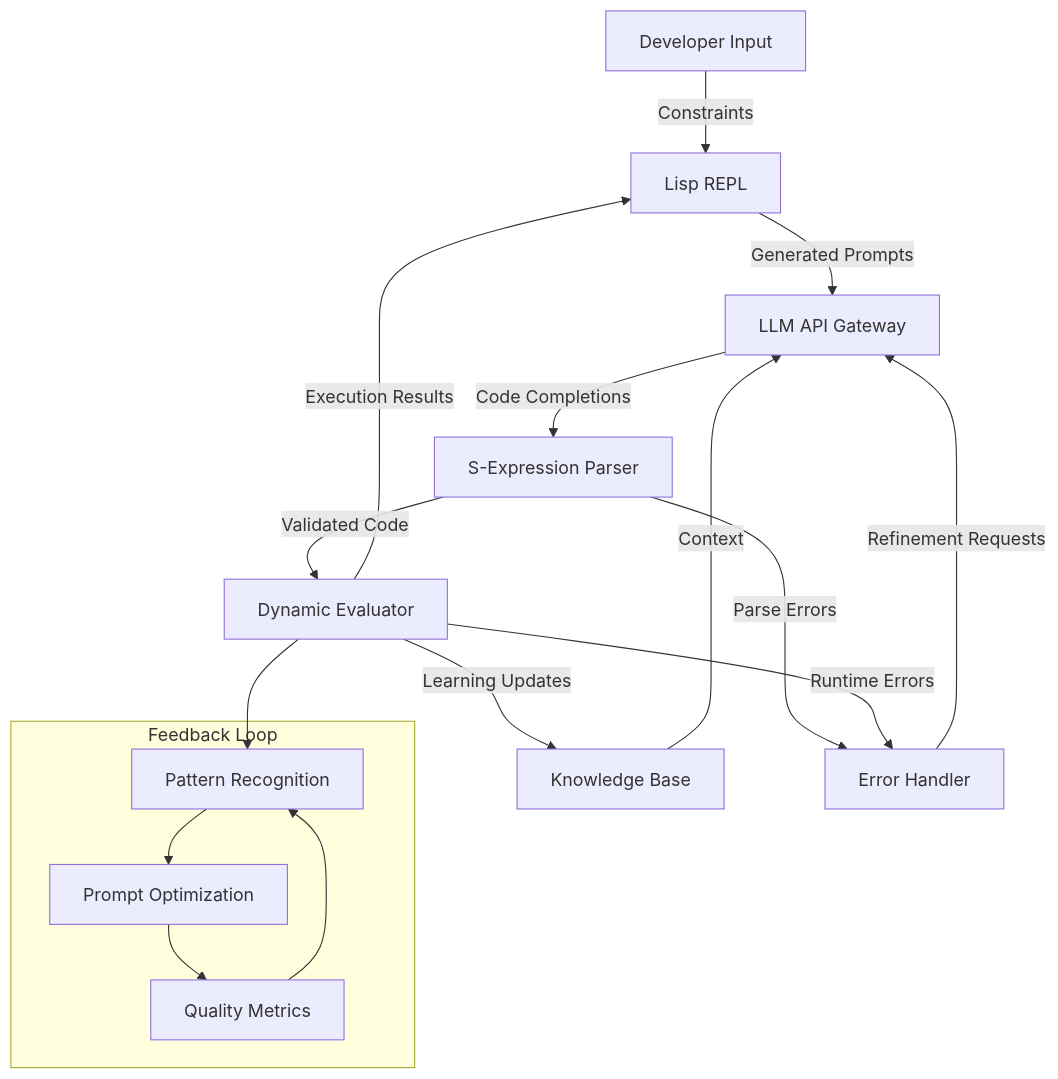
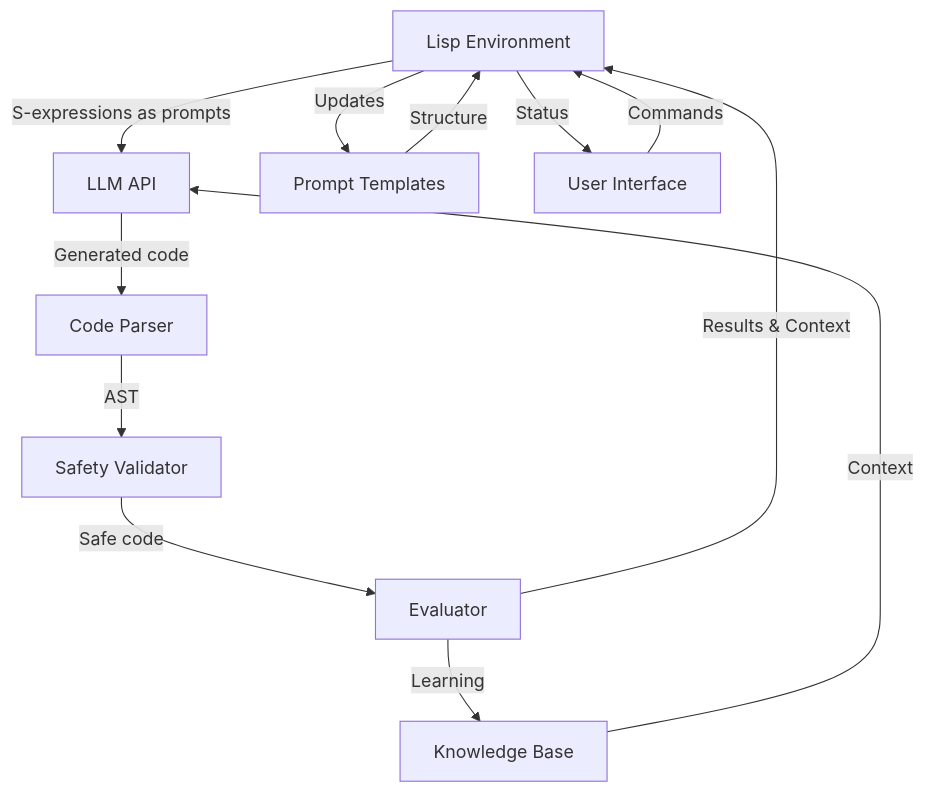
Before and after one commit to aygp-dr/els2026-lightning-talks: the first of 5 diagrams in TALKS.org, drawn with Mermaid. The commit also changed other lines of this file and 24 other files, not shown here.

```diff
--- a/TALKS.org
+++ b/TALKS.org
@@ -22,23 +40,17 @@
-#+BEGIN_SRC mermaid :file images/bidirectional-architecture.png :exports both
+#+BEGIN_SRC mermaid :file presentations/01-llm-lisp-bidirectional/slides/architecture.png :exports both
 graph TD
-    A[Lisp REPL] -->|Generated Prompts| B[LLM API Gateway]
-    B -->|Code Completions| C[S-Expression Parser]
-    C -->|Validated Code| D[Dynamic Evaluator]
-    D -->|Execution Results| A
+    A[Lisp Environment] -->|S-expressions as prompts| B[LLM API]
+    B -->|Generated code| C[Code Parser]
+    C -->|AST| D[Safety Validator]
+    D -->|Safe code| E[Evaluator]
+    E -->|Results & Context| A
     
-    E[Developer Input] -->|Constraints| A
-    F[Knowledge Base] -->|Context| B
-    D -->|Learning Updates| F
+    F[Prompt Templates] -->|Structure| A
+    A -->|Updates| F
     
-    G[Error Handler] -->|Refinement Requests| B
-    C -->|Parse Errors| G
-    D -->|Runtime Errors| G
+    G[Knowledge Base] -->|Context| B
+    E -->|Learning| G
     
-    subgraph "Feedback Loop"
-        H[Pattern Recognition] --> I[Prompt Optimization]
-        I --> J[Quality Metrics]
-        J --> H
-    end
-    
-    D --> H
+    H[User Interface] -->|Commands| A
+    A -->|Status| H
 #+END_SRC
```
